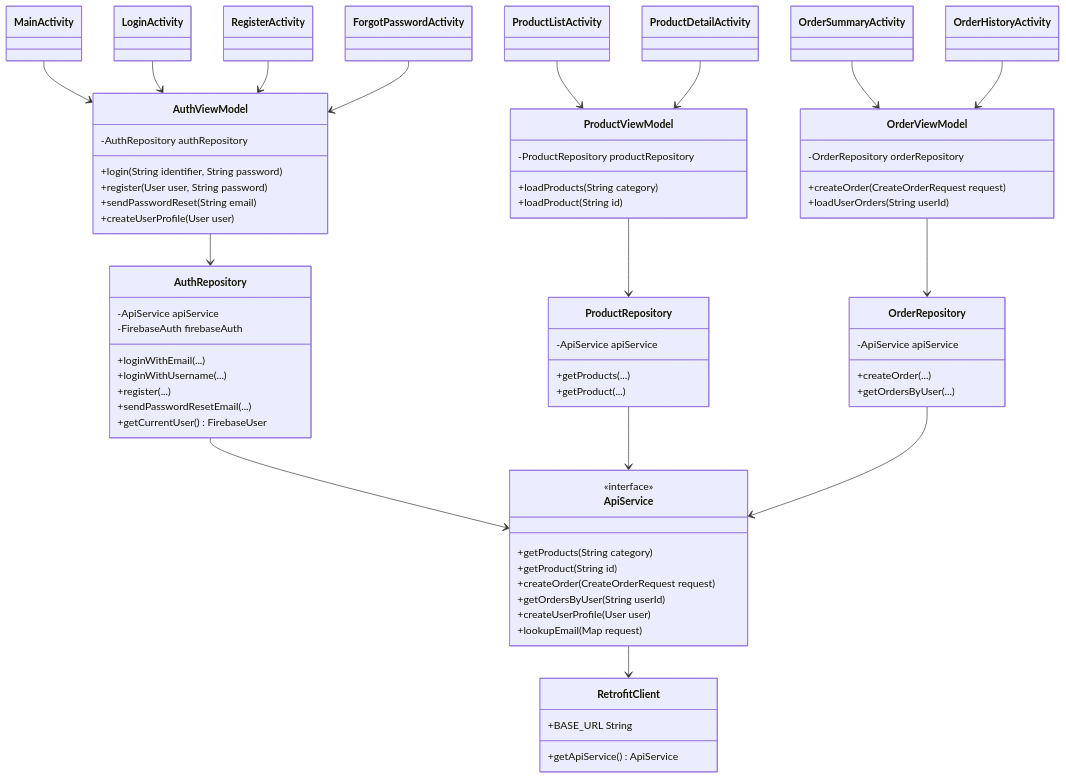
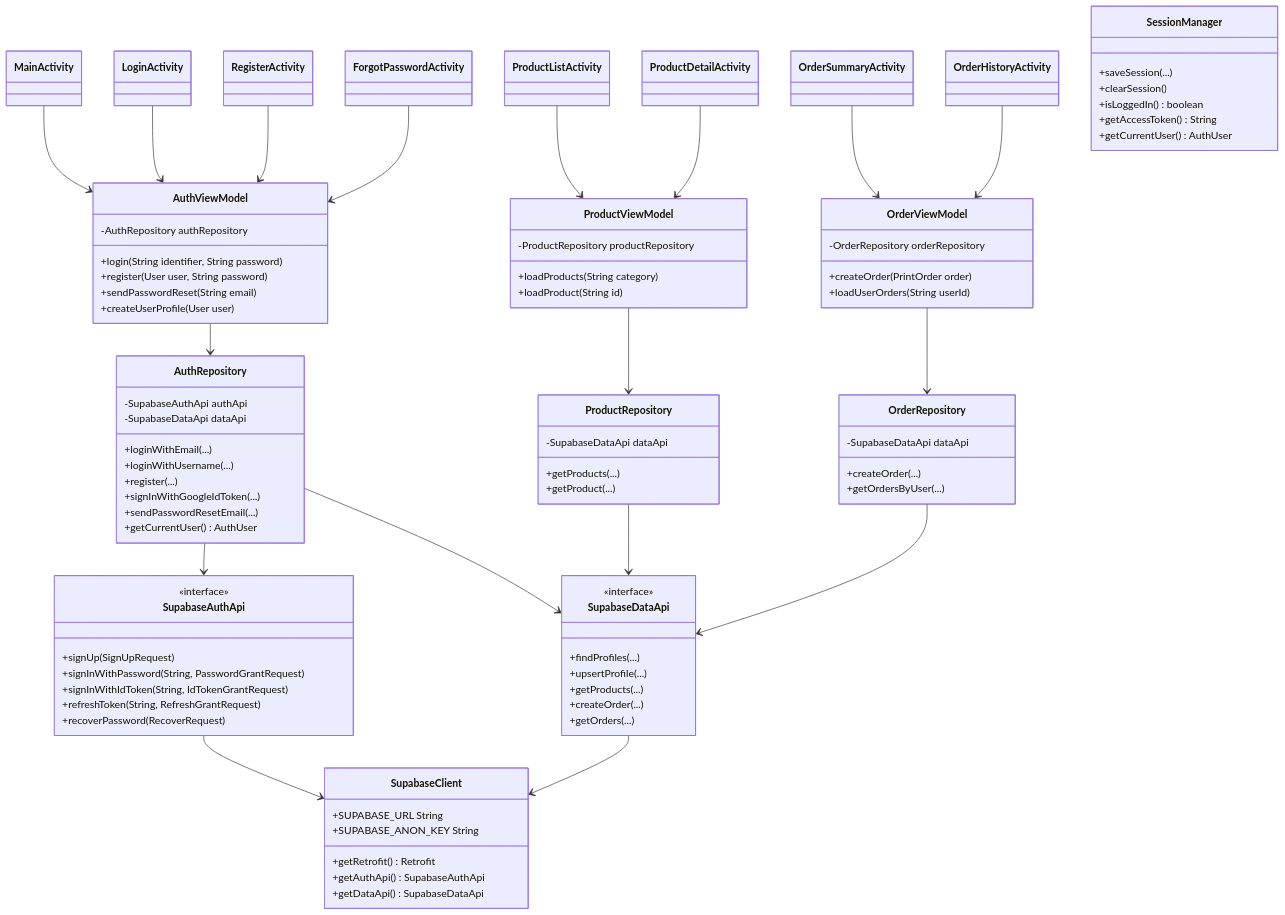
One commit to Fathima-Asna/ICBT-MAD-Assignment changed the third of 8 diagrams in README.md. Above: the diagram before and after it, drawn with Mermaid. The commit also changed other lines of this file and 69 other files, not shown here.

Commit message:
Migrate to Supabase: remove Spring Boot backend, add Supabase Auth & PostgREST, update README

````diff
--- a/README.md
+++ b/README.md
@@ -343,45 +211,65 @@
 
     class OrderViewModel {
         -OrderRepository orderRepository
-        +createOrder(CreateOrderRequest request)
+        +createOrder(PrintOrder order)
         +loadUserOrders(String userId)
     }
 
     class AuthRepository {
-        -ApiService apiService
-        -FirebaseAuth firebaseAuth
+        -SupabaseAuthApi authApi
+        -SupabaseDataApi dataApi
         +loginWithEmail(...)
         +loginWithUsername(...)
         +register(...)
+        +signInWithGoogleIdToken(...)
         +sendPasswordResetEmail(...)
-        +getCurrentUser() FirebaseUser
+        +getCurrentUser() AuthUser
     }
 
     class ProductRepository {
-        -ApiService apiService
+        -SupabaseDataApi dataApi
         +getProducts(...)
         +getProduct(...)
     }
 
     class OrderRepository {
-        -ApiService apiService
+        -SupabaseDataApi dataApi
         +createOrder(...)
         +getOrdersByUser(...)
     }
 
-    class ApiService {
+    class SupabaseAuthApi {
         <<interface>>
-        +getProducts(String category)
-        +getProduct(String id)
-        +createOrder(CreateOrderRequest request)
-        +getOrdersByUser(String userId)
-        +createUserProfile(User user)
-        +lookupEmail(Map request)
+        +signUp(SignUpRequest)
+        +signInWithPassword(String, PasswordGrantRequest)
+        +signInWithIdToken(String, IdTokenGrantRequest)
+        +refreshToken(String, RefreshGrantRequest)
+        +recoverPassword(RecoverRequest)
     }
 
-    class RetrofitClient {
-        +BASE_URL String
-        +getApiService() ApiService
+    class SupabaseDataApi {
+        <<interface>>
+        +findProfiles(...)
+        +upsertProfile(...)
+        +getProducts(...)
+        +createOrder(...)
+        +getOrders(...)
+    }
+
+    class SupabaseClient {
+        +SUPABASE_URL String
+        +SUPABASE_ANON_KEY String
+        +getRetrofit() Retrofit
+        +getAuthApi() SupabaseAuthApi
+        +getDataApi() SupabaseDataApi
+    }
+
+    class SessionManager {
+        +saveSession(...)
+        +clearSession()
+        +isLoggedIn() boolean
+        +getAccessToken() String
+        +getCurrentUser() AuthUser
     }
 
     MainActivity --> AuthViewModel
@@ -397,8 +285,10 @@
     ProductViewModel --> ProductRepository
     OrderViewModel --> OrderRepository
 
-    AuthRepository --> ApiService
-    ProductRepository --> ApiService
-    OrderRepository --> ApiService
-    ApiService --> RetrofitClient
+    AuthRepository --> SupabaseAuthApi
+    AuthRepository --> SupabaseDataApi
+    ProductRepository --> SupabaseDataApi
+    OrderRepository --> SupabaseDataApi
+    SupabaseAuthApi --> SupabaseClient
+    SupabaseDataApi --> SupabaseClient
 ```
````
